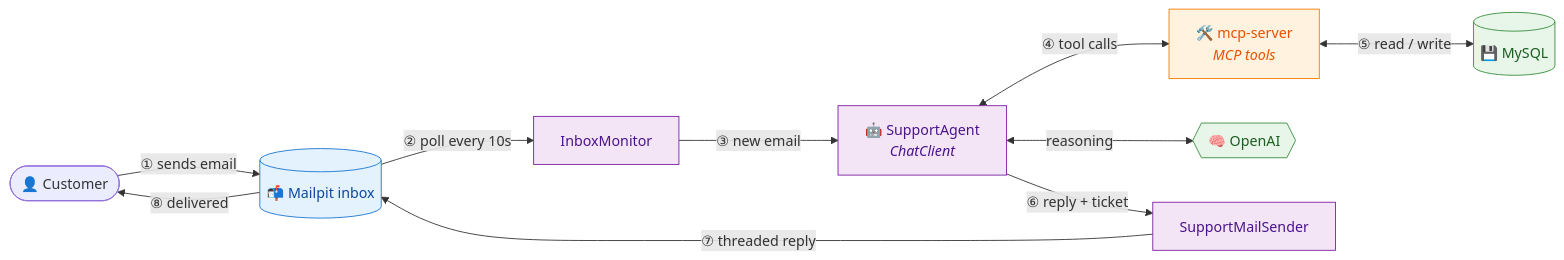
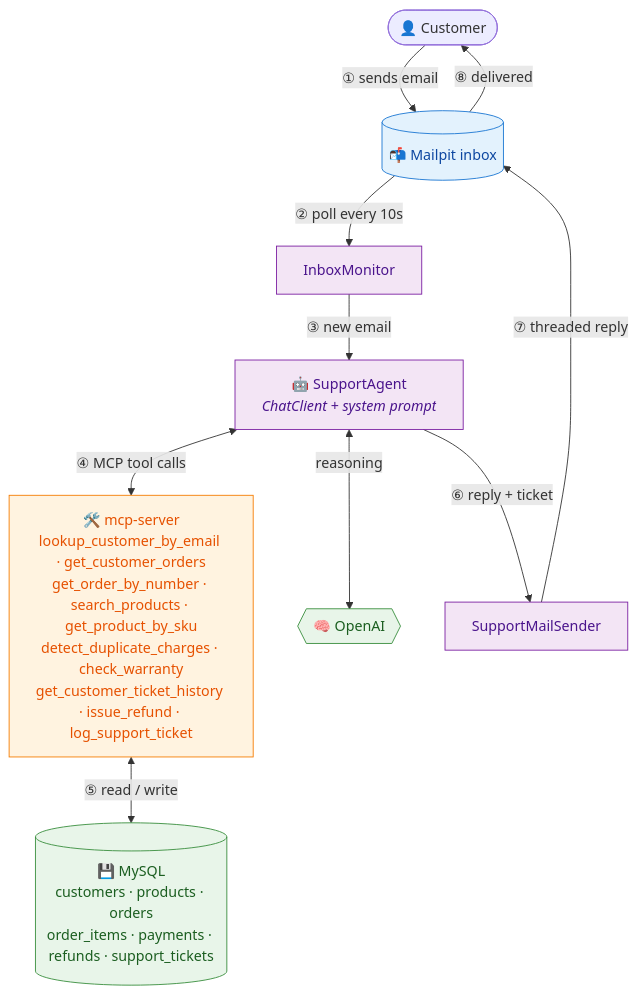
One commit to RaviPrakash1264/MailFlow-AI changed the diagram in README.md. Above: the diagram before and after it, drawn with Mermaid.

Commit message:
readme file updated

````diff
--- a/README.md
+++ b/README.md
@@ -47,23 +47,23 @@
 ```mermaid
-flowchart LR
+flowchart TB
     cust(["👤 Customer"]) -->|"① sends email"| inbox[("📬 Mailpit inbox")]
     inbox -->|"② poll every 10s"| monitor["InboxMonitor"]
-    monitor -->|"③ new email"| brain["🤖 SupportAgent<br/><i>ChatClient</i>"]
+    monitor -->|"③ new email"| brain["🤖 SupportAgent<br/><i>ChatClient + system prompt</i>"]
 
-    brain <-->|"④ tool calls"| tools["🛠️ mcp-server<br/><i>MCP tools</i>"]
-    tools <-->|"⑤ read / write"| mysql[("💾 MySQL")]
+    brain <-->|"④ MCP tool calls"| tools["🛠️ mcp-server<br/>lookup_customer_by_email · get_customer_orders<br/>get_order_by_number · search_products · get_product_by_sku<br/>detect_duplicate_charges · check_warranty<br/>get_customer_ticket_history · issue_refund · log_support_ticket"]
+    tools <-->|"⑤ read / write"| mysql[("💾 MySQL<br/>customers · products · orders<br/>order_items · payments · refunds · support_tickets")]
     brain <-->|"reasoning"| openai{{"🧠 OpenAI"}}
 
     brain -->|"⑥ reply + ticket"| sender["SupportMailSender"]
     sender -->|"⑦ threaded reply"| inbox
     inbox -->|"⑧ delivered"| cust
 
     classDef mailStyle fill:#e3f2fd,stroke:#1976d2,color:#0d47a1;
     classDef agentStyle fill:#f3e5f5,stroke:#7b1fa2,color:#4a148c;
     classDef mcpStyle fill:#fff3e0,stroke:#f57c00,color:#e65100;
     classDef dataStyle fill:#e8f5e9,stroke:#388e3c,color:#1b5e20;
     class inbox mailStyle;
     class monitor,brain,sender agentStyle;
     class tools mcpStyle;
     class mysql,openai dataStyle;
 ```
````
